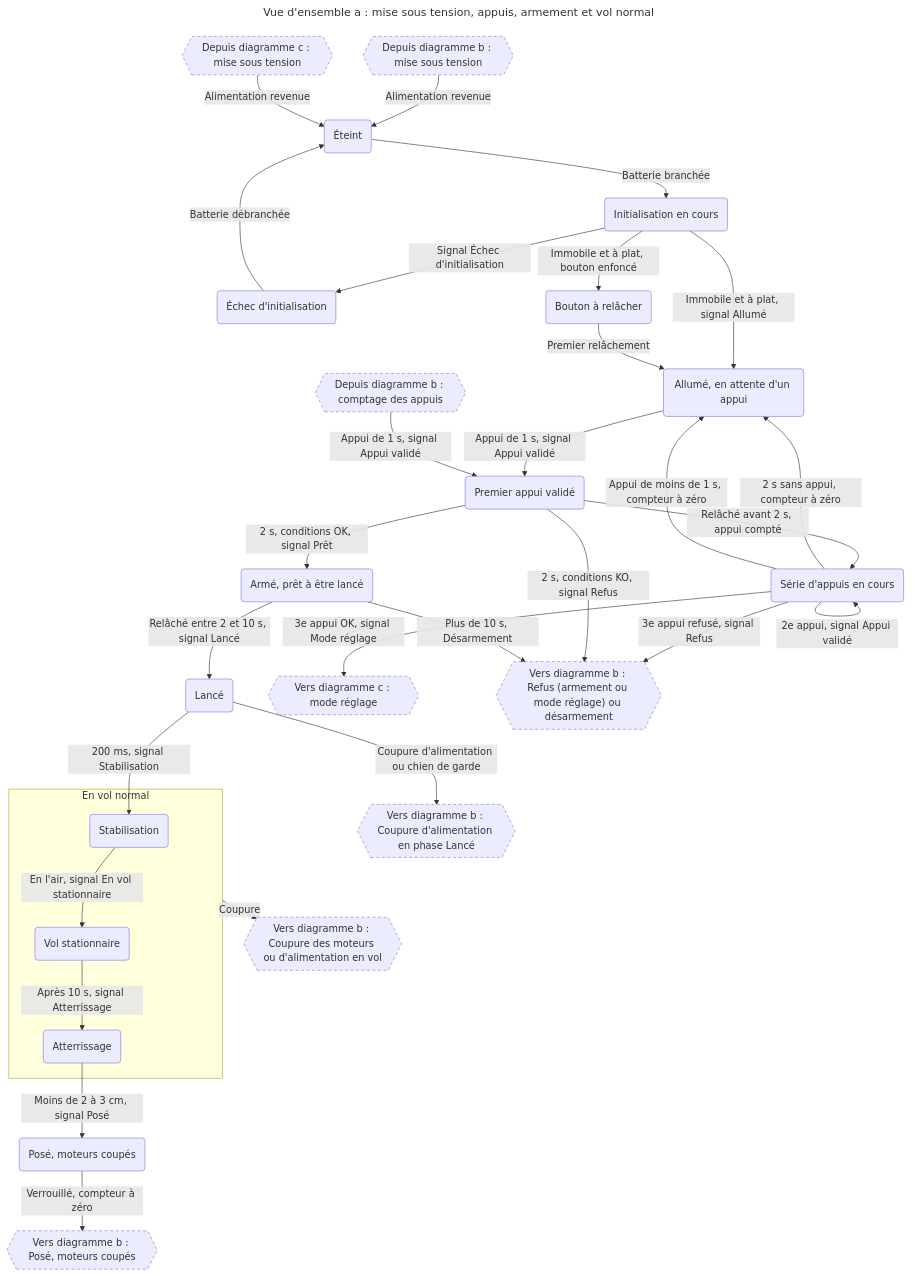
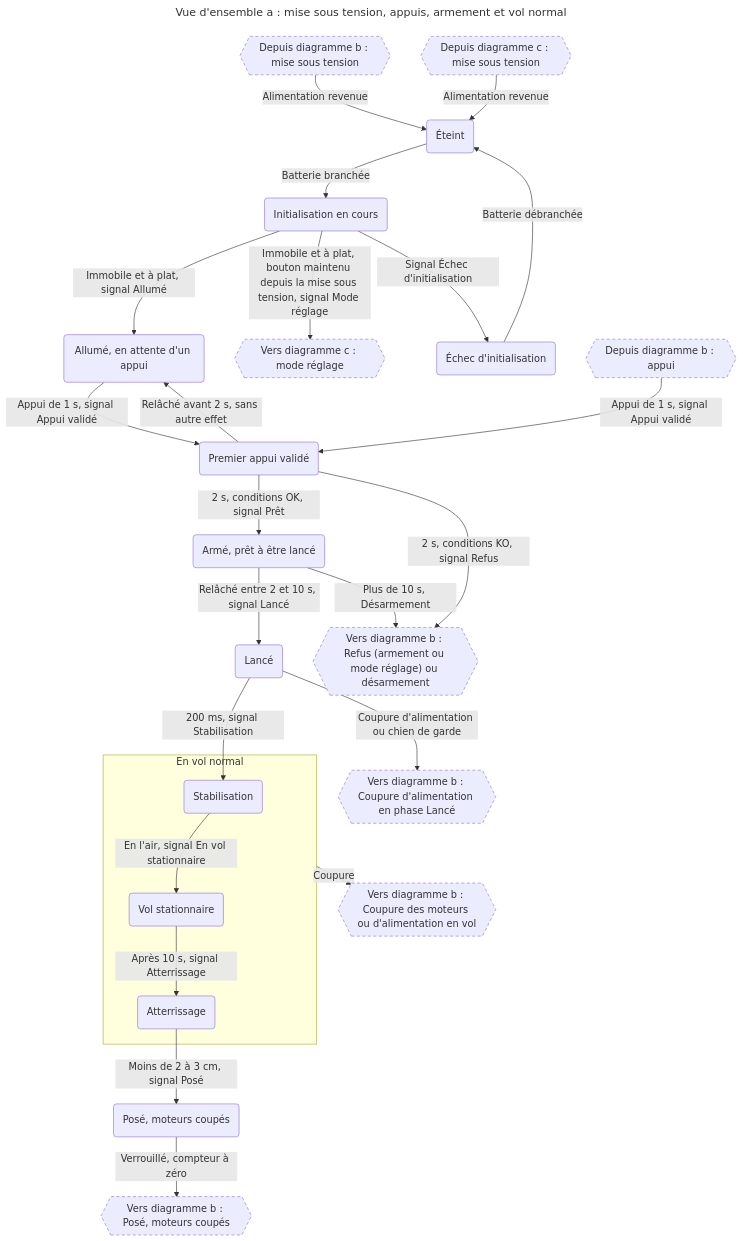
One commit to thourymatthieu-png/coworker_archi_system changed the second of 16 diagrams in projets/boomrone/00-scenarios.md. Above: the diagram before and after it, drawn with Mermaid. The commit also changed other lines of this file and 11 other files, not shown here.

````diff
--- a/projets/boomrone/00-scenarios.md
+++ b/projets/boomrone/00-scenarios.md
@@ -47,58 +66,50 @@
 ```mermaid
 ---
 title: "Vue d'ensemble a : mise sous tension, appuis, armement et vol normal"
 ---
 flowchart TD
     Eteint("Éteint")
     Init("Initialisation en cours")
     EchecInit("Échec d'initialisation")
     Attente("Allumé, en attente d'un appui")
     Premier("Premier appui validé")
-    Serie("Série d'appuis en cours")
     Arme("Armé, prêt à être lancé")
     Lance("Lancé")
     subgraph Vol["En vol normal"]
         Stab("Stabilisation")
         Stat("Vol stationnaire")
         Atterr("Atterrissage")
     end
     Pose("Posé, moteurs coupés")
     DepuisB{{"Depuis diagramme b : mise sous tension"}}
     DepuisC{{"Depuis diagramme c : mise sous tension"}}
-    ARelA("Bouton à relâcher")
     VersC{{"Vers diagramme c : mode réglage"}}
     B1{{"Vers diagramme b : Refus (armement ou mode réglage) ou désarmement"}}
     B3{{"Vers diagramme b : Coupure d'alimentation en phase Lancé"}}
     B4{{"Vers diagramme b : Coupure des moteurs ou d'alimentation en vol"}}
     B5{{"Vers diagramme b : Posé, moteurs coupés"}}
-    DepuisB2{{"Depuis diagramme b : comptage des appuis"}}
+    DepuisB2{{"Depuis diagramme b : appui"}}
     DepuisB -->|"Alimentation revenue"| Eteint
     DepuisC -->|"Alimentation revenue"| Eteint
     Eteint -->|"Batterie branchée"| Init
     Init -->|"Immobile et à plat, signal Allumé"| Attente
-    Init -->|"Immobile et à plat, bouton enfoncé"| ARelA
-    ARelA -->|"Premier relâchement"| Attente
+    Init -->|"Immobile et à plat, bouton maintenu depuis la mise sous tension, signal Mode réglage"| VersC
     Init -->|"Signal Échec d'initialisation"| EchecInit
     EchecInit -->|"Batterie débranchée"| Eteint
     Attente -->|"Appui de 1 s, signal Appui validé"| Premier
     DepuisB2 -->|"Appui de 1 s, signal Appui validé"| Premier
-    Premier -->|"Relâché avant 2 s, appui compté"| Serie
-    Serie -->|"2e appui, signal Appui validé"| Serie
-    Serie -->|"2 s sans appui, compteur à zéro"| Attente
-    Serie -->|"Appui de moins de 1 s, compteur à zéro"| Attente
-    Serie -->|"3e appui OK, signal Mode réglage"| VersC
-    Serie -->|"3e appui refusé, signal Refus"| B1
+    Premier -->|"Relâché avant 2 s, sans autre effet"| Attente
     Premier -->|"2 s, conditions OK, signal Prêt"| Arme
     Premier -->|"2 s, conditions KO, signal Refus"| B1
     Arme -->|"Relâché entre 2 et 10 s, signal Lancé"| Lance
     Arme -->|"Plus de 10 s, Désarmement"| B1
     Lance -->|"200 ms, signal Stabilisation"| Stab
     Lance -->|"Coupure d'alimentation ou chien de garde"| B3
     Stab -->|"En l'air, signal En vol stationnaire"| Stat
     Stat -->|"Après 10 s, signal Atterrissage"| Atterr
     Atterr -->|"Moins de 2 à 3 cm, signal Posé"| Pose
     Vol -->|"Coupure"| B4
     Pose -->|"Verrouillé, compteur à zéro"| B5
     classDef renvoi stroke-dasharray: 5 4
     class DepuisB,DepuisC,VersC,B1,B3,B4,B5,DepuisB2 renvoi
 ```
````
